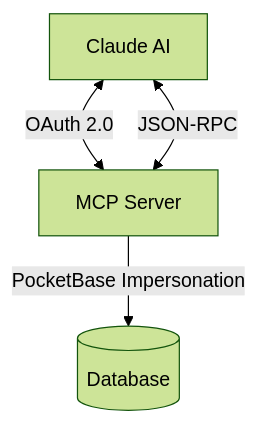
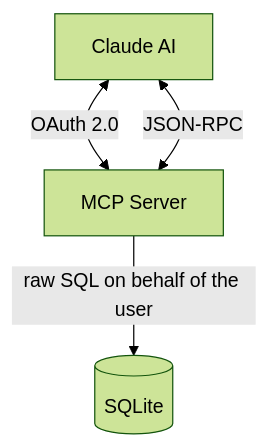
One commit to levino/todo-app changed the diagram in packages/docs/docs/en/claude-integration.md. Above: the diagram before and after it, drawn with Mermaid (forest theme). The commit also changed other lines of this file and 86 other files, not shown here.

````diff
--- a/packages/docs/docs/en/claude-integration.md
+++ b/packages/docs/docs/en/claude-integration.md
@@ -12,10 +12,10 @@
 ```mermaid
 flowchart TB
     Claude[Claude AI]
     MCP[MCP Server]
-    DB[(Database)]
+    DB[(SQLite)]
 
     Claude <-->|OAuth 2.0| MCP
     Claude <-->|JSON-RPC| MCP
-    MCP -->|PocketBase Impersonation| DB
+    MCP -->|raw SQL on behalf of the user| DB
 ```
````
